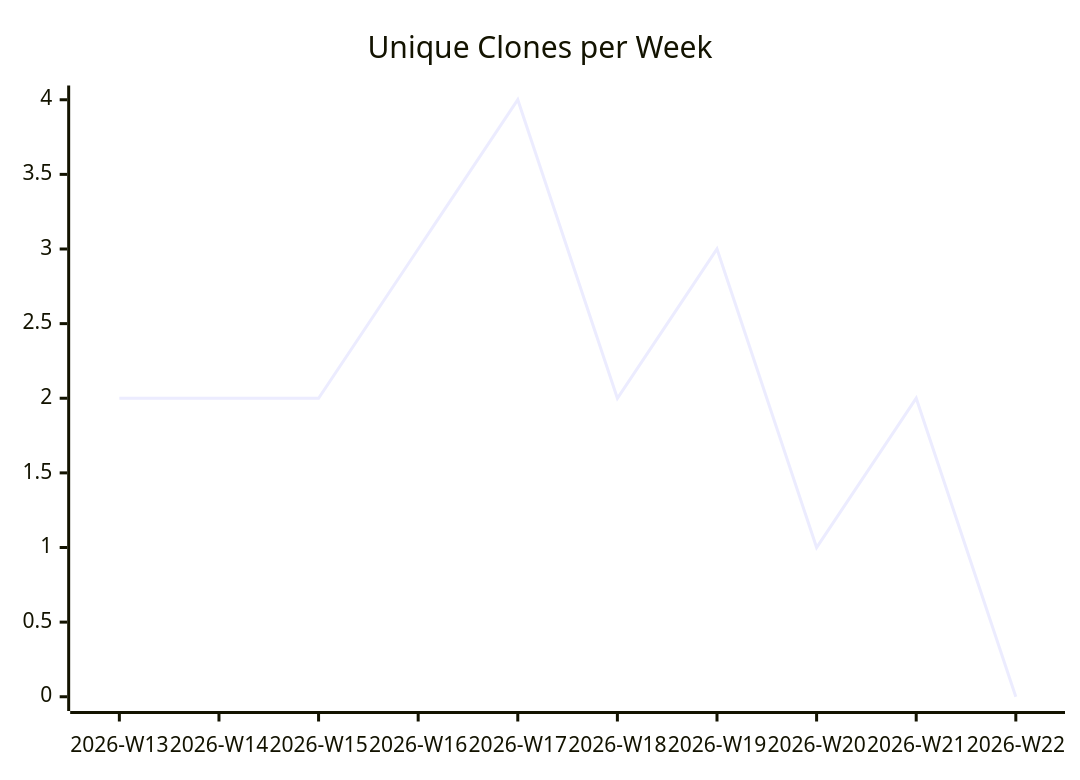
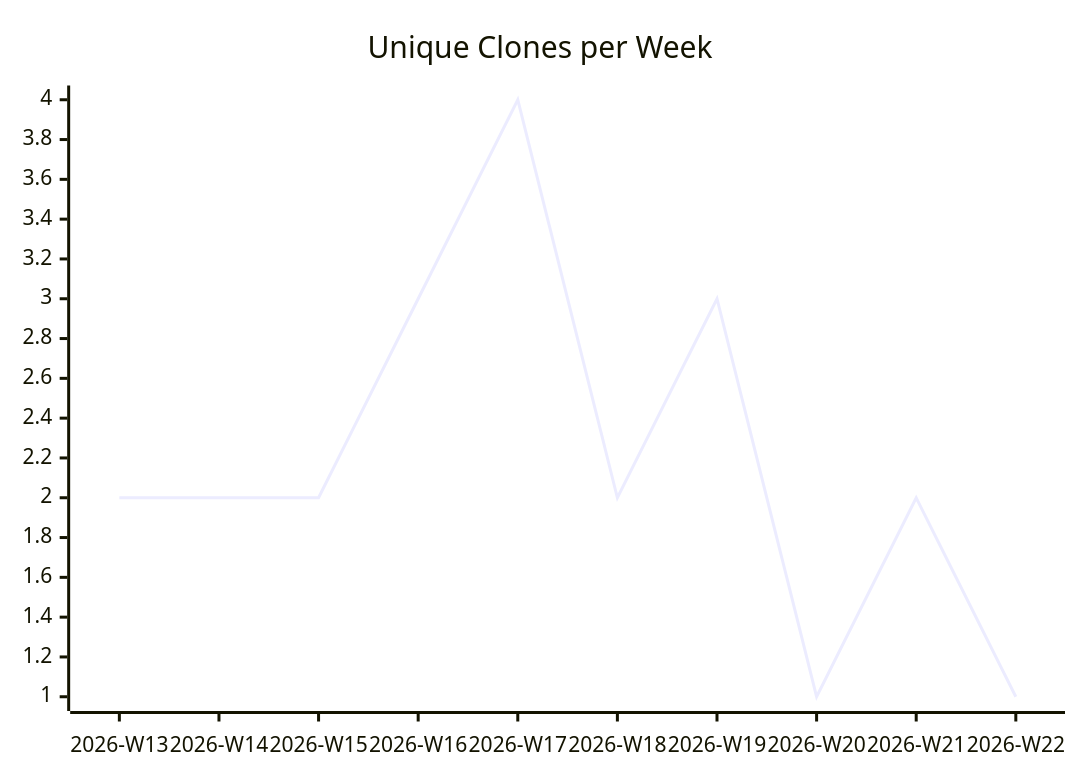
The third of 3 diagrams in karlmdavis/bbonfhir-dev-infra-docker/README.md (justdavis-family/github-analytics-data), drawn with Mermaid before and after one commit. The commit also changed other lines of this file and 191 other files, not shown here.

````diff
--- a/karlmdavis/bbonfhir-dev-infra-docker/README.md
+++ b/karlmdavis/bbonfhir-dev-infra-docker/README.md
@@ -19,6 +19,6 @@
 ```mermaid
 xychart-beta
   title "Unique Clones per Week"
   x-axis ["2026-W13", "2026-W14", "2026-W15", "2026-W16", "2026-W17", "2026-W18", "2026-W19", "2026-W20", "2026-W21", "2026-W22"]
-  line [2, 2, 2, 3, 4, 2, 3, 1, 2, 0]
+  line [2, 2, 2, 3, 4, 2, 3, 1, 2, 1]
 ```
````
